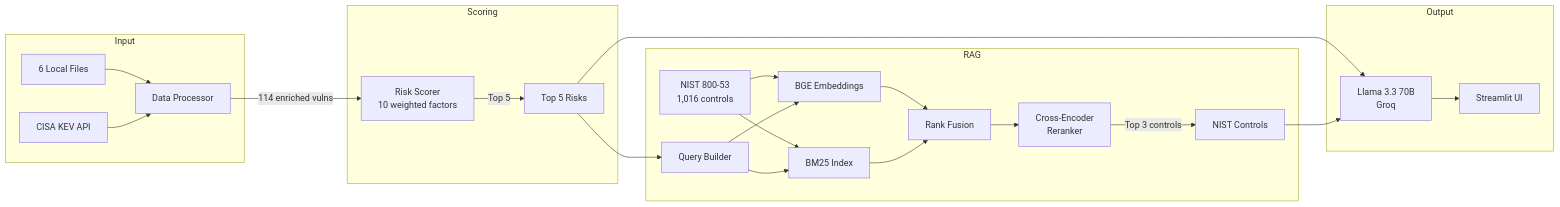
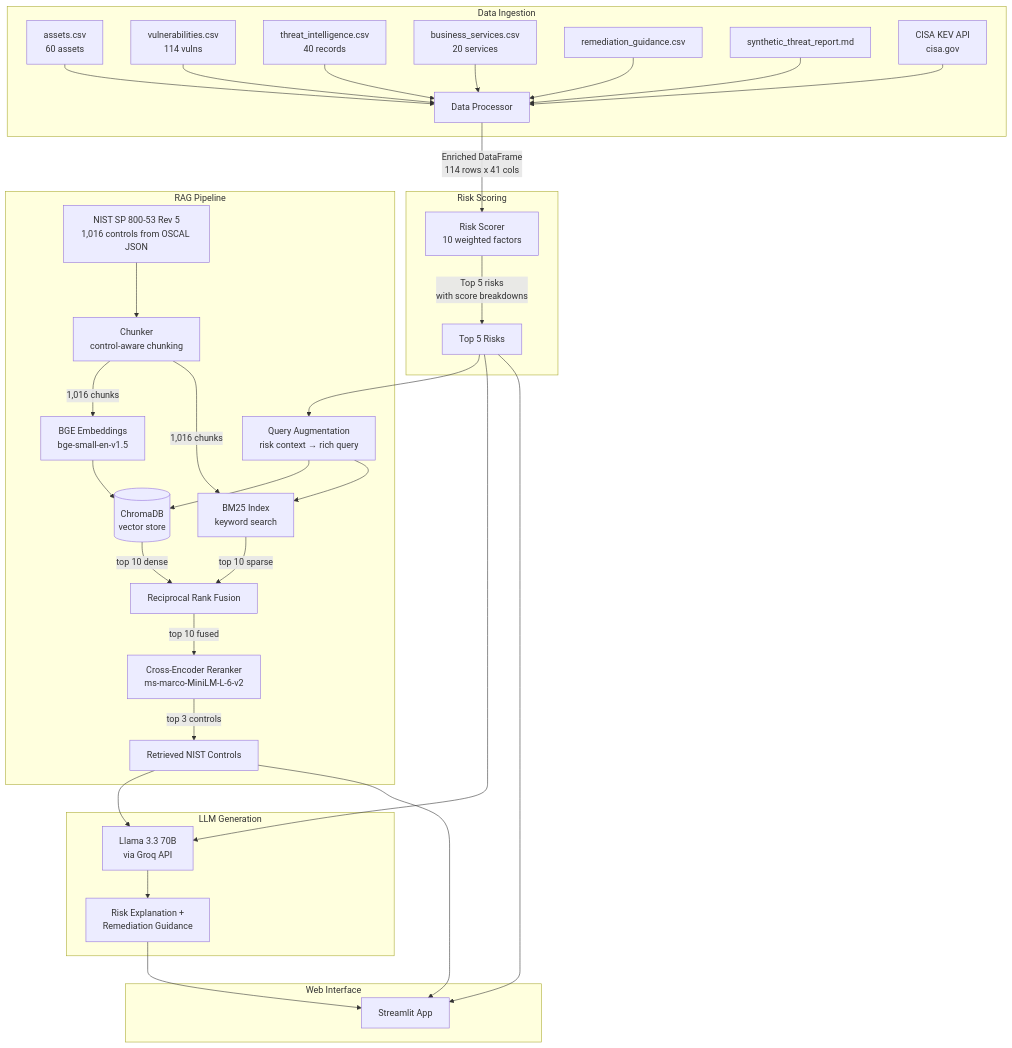
The first of 2 diagrams in README.md (Yashraj0906/cyber-risk-assistant), drawn with Mermaid before and after one commit. The commit also changed other lines of this file, not shown here.

````diff
--- a/README.md
+++ b/README.md
@@ -37,30 +12,44 @@
 ```mermaid
-graph LR
-    subgraph Input
-        CSV[6 Local Files] --> DP[Data Processor]
-        KEV[CISA KEV API] --> DP
+graph TD
+    subgraph Data Ingestion
+        A1[assets.csv<br/>60 assets] --> DP[Data Processor]
+        A2[vulnerabilities.csv<br/>114 vulns] --> DP
+        A3[threat_intelligence.csv<br/>40 records] --> DP
+        A4[business_services.csv<br/>20 services] --> DP
+        A5[remediation_guidance.csv] --> DP
+        A6[synthetic_threat_report.md] --> DP
+        A7[CISA KEV API<br/>cisa.gov] --> DP
     end
 
-    subgraph Scoring
-        DP --> |114 enriched vulns| RS[Risk Scorer<br/>10 weighted factors]
-        RS --> |Top 5| T5[Top 5 Risks]
+    subgraph Risk Scoring
+        DP --> |Enriched DataFrame<br/>114 rows x 41 cols| RS[Risk Scorer<br/>10 weighted factors]
+        RS --> |Top 5 risks<br/>with score breakdowns| TOP5[Top 5 Risks]
     end
 
-    subgraph RAG
-        NIST[NIST 800-53<br/>1,016 controls] --> EMB[BGE Embeddings]
-        NIST --> BM[BM25 Index]
-        T5 --> QA[Query Builder]
-        QA --> EMB
+    subgraph RAG Pipeline
+        NIST[NIST SP 800-53 Rev 5<br/>1,016 controls from OSCAL JSON] --> CH[Chunker<br/>control-aware chunking]
+        CH --> |1,016 chunks| EMB[BGE Embeddings<br/>bge-small-en-v1.5]
+        CH --> |1,016 chunks| BM[BM25 Index<br/>keyword search]
+        EMB --> VDB[(ChromaDB<br/>vector store)]
+
+        TOP5 --> QA[Query Augmentation<br/>risk context → rich query]
+        QA --> VDB
         QA --> BM
-        EMB --> RRF[Rank Fusion]
-        BM --> RRF
-        RRF --> RR[Cross-Encoder<br/>Reranker]
-        RR --> |Top 3 controls| C[NIST Controls]
+        VDB --> |top 10 dense| RRF[Reciprocal Rank Fusion]
+        BM --> |top 10 sparse| RRF
+        RRF --> |top 10 fused| RE[Cross-Encoder Reranker<br/>ms-marco-MiniLM-L-6-v2]
+        RE --> |top 3 controls| CTRL[Retrieved NIST Controls]
     end
 
-    subgraph Output
-        T5 --> LLM[Llama 3.3 70B<br/>Groq]
-        C --> LLM
-        LLM --> UI[Streamlit UI]
+    subgraph LLM Generation
+        TOP5 --> LLM[Llama 3.3 70B<br/>via Groq API]
+        CTRL --> LLM
+        LLM --> OUT[Risk Explanation +<br/>Remediation Guidance]
+    end
+
+    subgraph Web Interface
+        OUT --> ST[Streamlit App]
+        TOP5 --> ST
+        CTRL --> ST
     end
 ```
````
